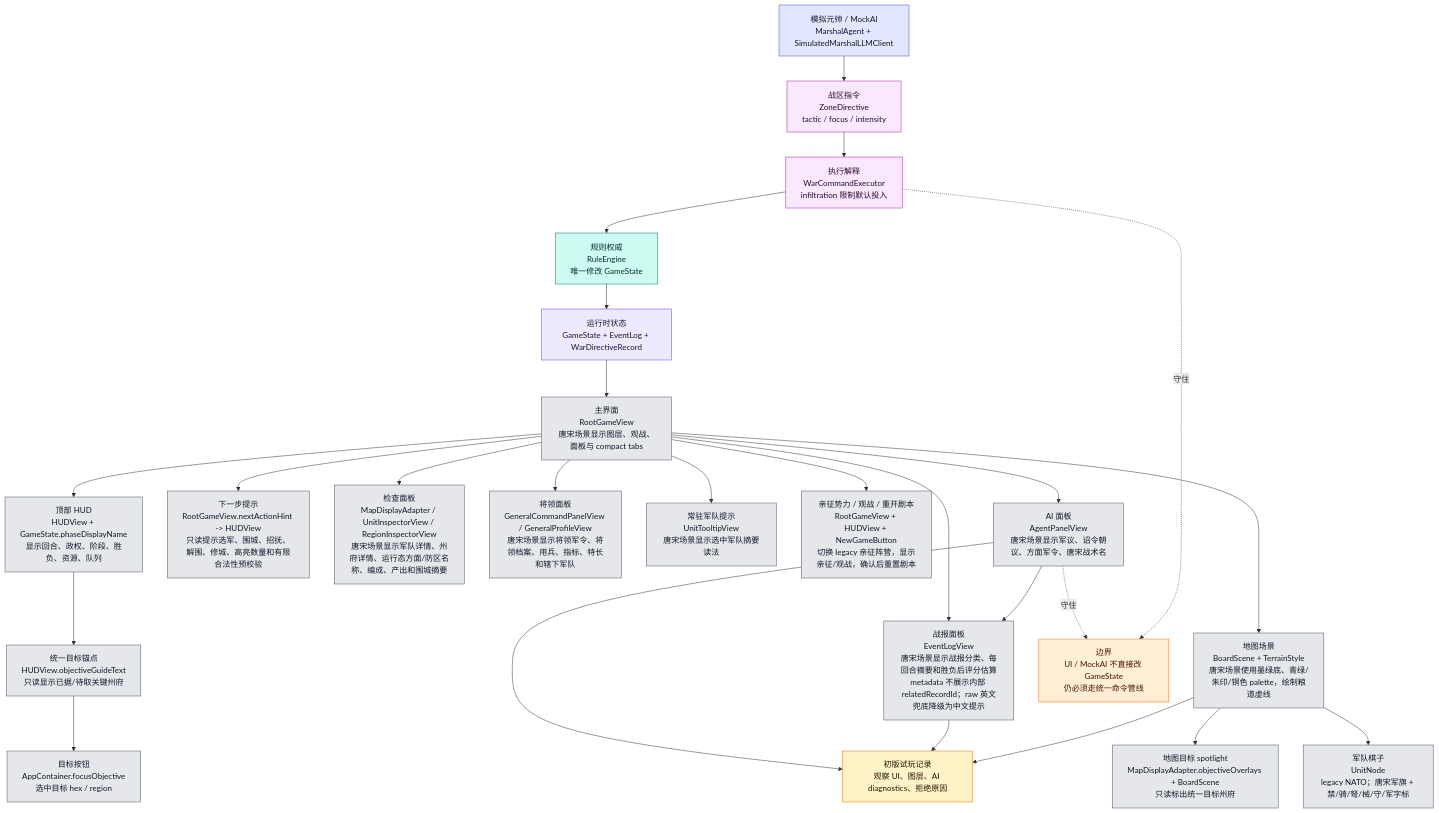
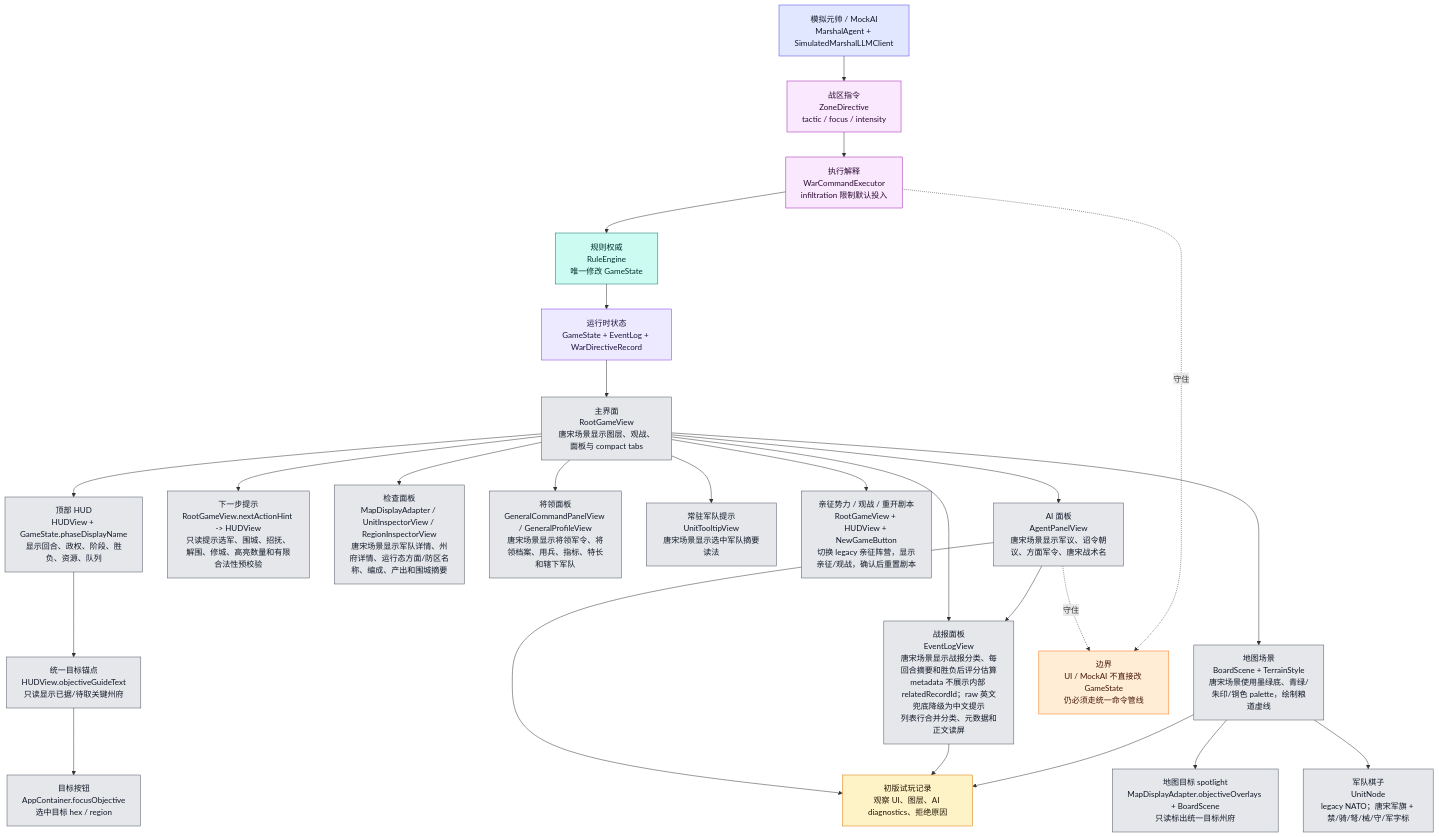
Before and after one commit to Altman-sam114/125: the tenth of 12 diagrams in md/flow/flowchart.md, drawn with Mermaid. The commit also changed other lines of this file and 6 other files, not shown here.

Commit message:
chore(ui): add event log row accessibility

````diff
--- a/md/flow/flowchart.md
+++ b/md/flow/flowchart.md
@@ -598,54 +599,54 @@
 ```mermaid
 flowchart TD
     STATE["运行时状态<br/>GameState + EventLog + WarDirectiveRecord"]:::state
     ROOT["主界面<br/>RootGameView<br/>唐宋场景显示图层、观战、面板与 compact tabs"]:::ui
     HUD["顶部 HUD<br/>HUDView + GameState.phaseDisplayName<br/>显示回合、政权、阶段、胜负、资源、队列"]:::ui
     GOAL["统一目标锚点<br/>HUDView.objectiveGuideText<br/>只读显示已据/待取关键州府"]:::ui
     FOCUS["目标按钮<br/>AppContainer.focusObjective<br/>选中目标 hex / region"]:::ui
     SPOTLIGHT["地图目标 spotlight<br/>MapDisplayAdapter.objectiveOverlays + BoardScene<br/>只读标出统一目标州府"]:::ui
     HINT["下一步提示<br/>RootGameView.nextActionHint -> HUDView<br/>只读提示选军、围城、招抚、解围、修城、高亮数量和有限合法性预校验"]:::ui
     INSPECT["检查面板<br/>MapDisplayAdapter / UnitInspectorView / RegionInspectorView<br/>唐宋场景显示军队详情、州府详情、运行态方面/防区名称、编成、产出和围城摘要"]:::ui
     GENPANELS["将领面板<br/>GeneralCommandPanelView / GeneralProfileView<br/>唐宋场景显示将领军令、将领档案、用兵、指标、特长和辖下军队"]:::ui
     TOOLTIP["常驻军队提示<br/>UnitTooltipView<br/>唐宋场景显示选中军队摘要读法"]:::ui
     SESSIONHUD["亲征势力 / 观战 / 重开剧本<br/>RootGameView + HUDView + NewGameButton<br/>切换 legacy 亲征阵营，显示亲征/观战，确认后重置剧本"]:::ui
-    LOG["战报面板<br/>EventLogView<br/>唐宋场景显示战报分类、每回合摘要和胜负后评分估算<br/>metadata 不展示内部 relatedRecordId；raw 英文兜底降级为中文提示"]:::ui
+    LOG["战报面板<br/>EventLogView<br/>唐宋场景显示战报分类、每回合摘要和胜负后评分估算<br/>metadata 不展示内部 relatedRecordId；raw 英文兜底降级为中文提示<br/>列表行合并分类、元数据和正文读屏"]:::ui
     AIUI["AI 面板<br/>AgentPanelView<br/>唐宋场景显示军议、诏令朝议、方面军令、唐宋战术名"]:::ui
     BOARD["地图场景<br/>BoardScene + TerrainStyle<br/>唐宋场景使用墨绿底、青绿/朱印/铜色 palette，绘制粮道虚线"]:::ui
     UNIT["军队棋子<br/>UnitNode<br/>legacy NATO；唐宋军旗 + 禁/骑/弩/械/守/军字标"]:::ui
     MARSHAL["模拟元帅 / MockAI<br/>MarshalAgent + SimulatedMarshalLLMClient"]:::ai
     ZD["战区指令<br/>ZoneDirective<br/>tactic / focus / intensity"]:::command
     WCE["执行解释<br/>WarCommandExecutor<br/>infiltration 限制默认投入"]:::command
     RULE["规则权威<br/>RuleEngine<br/>唯一修改 GameState"]:::rules
     PLAYTEST["初版试玩记录<br/>观察 UI、图层、AI diagnostics、拒绝原因"]:::doc
 
     STATE --> ROOT
     ROOT --> HUD
     HUD --> GOAL --> FOCUS
     BOARD --> SPOTLIGHT
     ROOT --> HINT
     ROOT --> INSPECT
     ROOT --> GENPANELS
     ROOT --> TOOLTIP
     ROOT --> SESSIONHUD
     ROOT --> LOG
     ROOT --> AIUI
     AIUI --> LOG
     ROOT --> BOARD
     BOARD --> UNIT
     MARSHAL --> ZD --> WCE --> RULE --> STATE
     AIUI --> PLAYTEST
     LOG --> PLAYTEST
     BOARD --> PLAYTEST
 
     WARN["边界<br/>UI / MockAI 不直接改 GameState<br/>仍必须走统一命令管线"]:::warn
     AIUI -.守住.-> WARN
     WCE -.守住.-> WARN
 
     classDef state fill:#ede9fe,stroke:#7c3aed,color:#1f143d
     classDef ui fill:#e5e7eb,stroke:#4b5563,color:#111827
     classDef ai fill:#e0e7ff,stroke:#4f46e5,color:#111827
     classDef command fill:#fae8ff,stroke:#a21caf,color:#2a0a2f
     classDef rules fill:#ccfbf1,stroke:#0f766e,color:#042f2e
     classDef doc fill:#fef3c7,stroke:#d97706,color:#1f1600
     classDef warn fill:#ffedd5,stroke:#f97316,color:#431407
 ```
````
